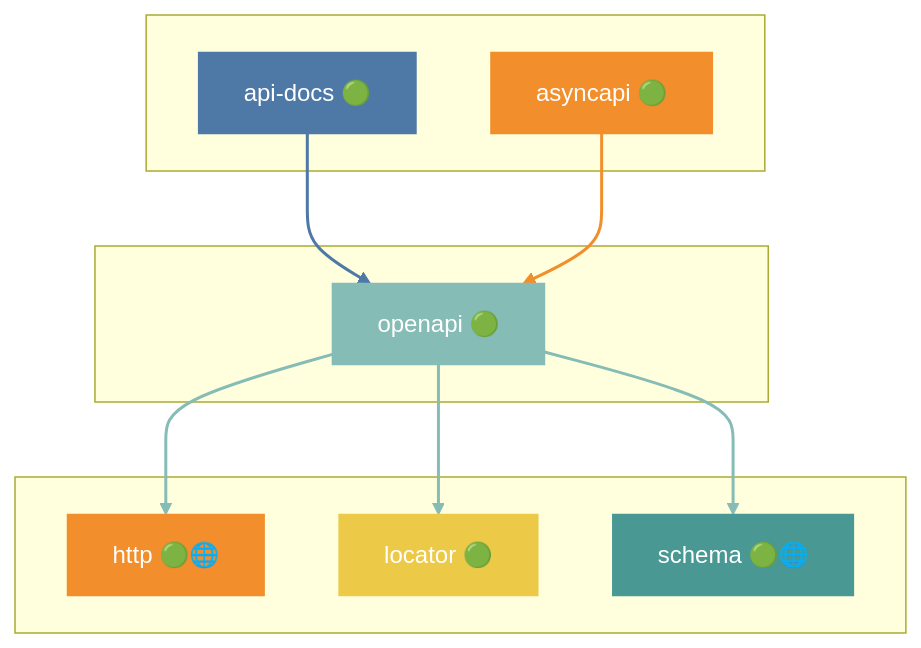
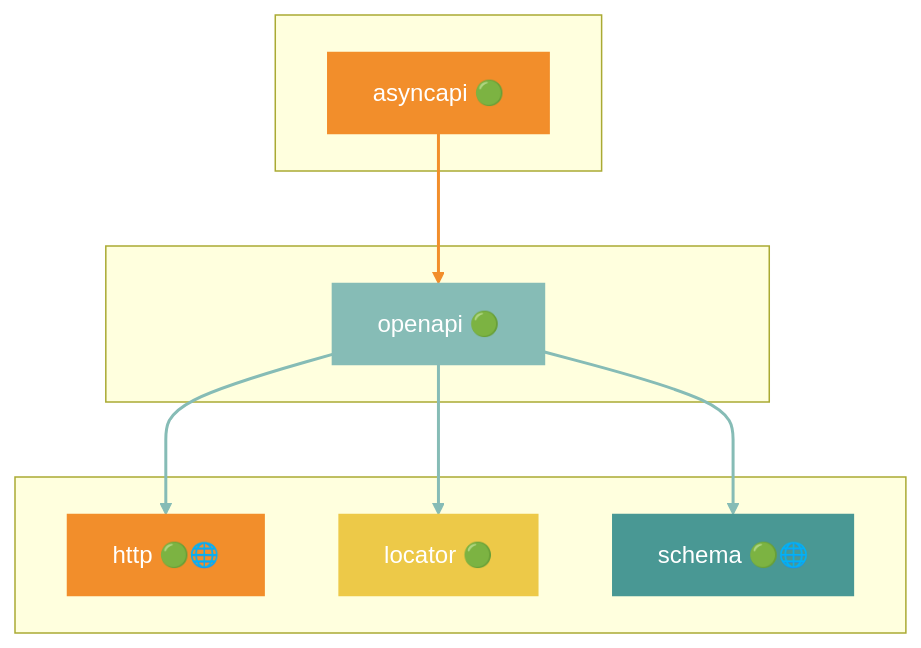
Diagram 30 of 43 in docs/DEPENDENCIES.md (grest-ts/grest-ts), drawn with Mermaid before and after one commit. The commit also changed other lines of this file and 52 other files, not shown here.

````diff
--- a/docs/DEPENDENCIES.md
+++ b/docs/DEPENDENCIES.md
@@ -1497,31 +1485,27 @@
 ```mermaid
 flowchart TB
     subgraph Dependents[" "]
-        api-docs["api-docs 🟢"]
         asyncapi["asyncapi 🟢"]
     end
     subgraph Package[" "]
         openapi["openapi 🟢"]
     end
     subgraph Dependencies[" "]
         http["http 🟢🌐"]
         locator["locator 🟢"]
         schema["schema 🟢🌐"]
     end
-    api-docs --> openapi
     asyncapi --> openapi
     openapi --> http
     openapi --> locator
     openapi --> schema
     style openapi fill:#86BCB6,stroke:#86BCB6,color:#fff
-    style api-docs fill:#4E79A7,stroke:#4E79A7,color:#fff
     style asyncapi fill:#F28E2B,stroke:#F28E2B,color:#fff
     style http fill:#F28E2B,stroke:#F28E2B,color:#fff
     style locator fill:#EDC948,stroke:#EDC948,color:#fff
     style schema fill:#499894,stroke:#499894,color:#fff
-    linkStyle 0 stroke:#4E79A7,stroke-width:2px
-    linkStyle 1 stroke:#F28E2B,stroke-width:2px
+    linkStyle 0 stroke:#F28E2B,stroke-width:2px
+    linkStyle 1 stroke:#86BCB6,stroke-width:2px
     linkStyle 2 stroke:#86BCB6,stroke-width:2px
     linkStyle 3 stroke:#86BCB6,stroke-width:2px
-    linkStyle 4 stroke:#86BCB6,stroke-width:2px
 ```
````
